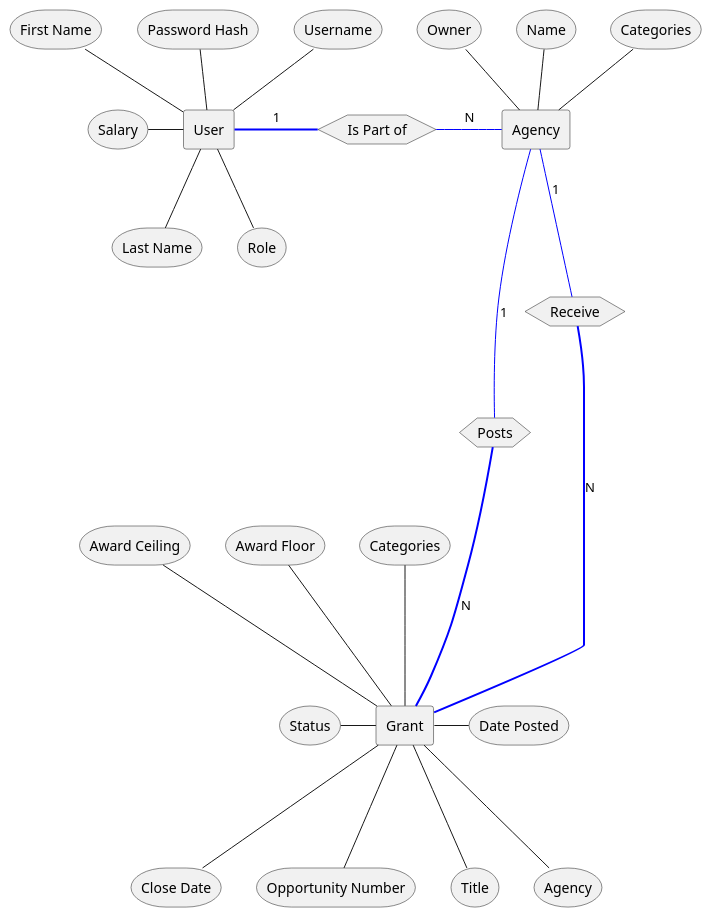
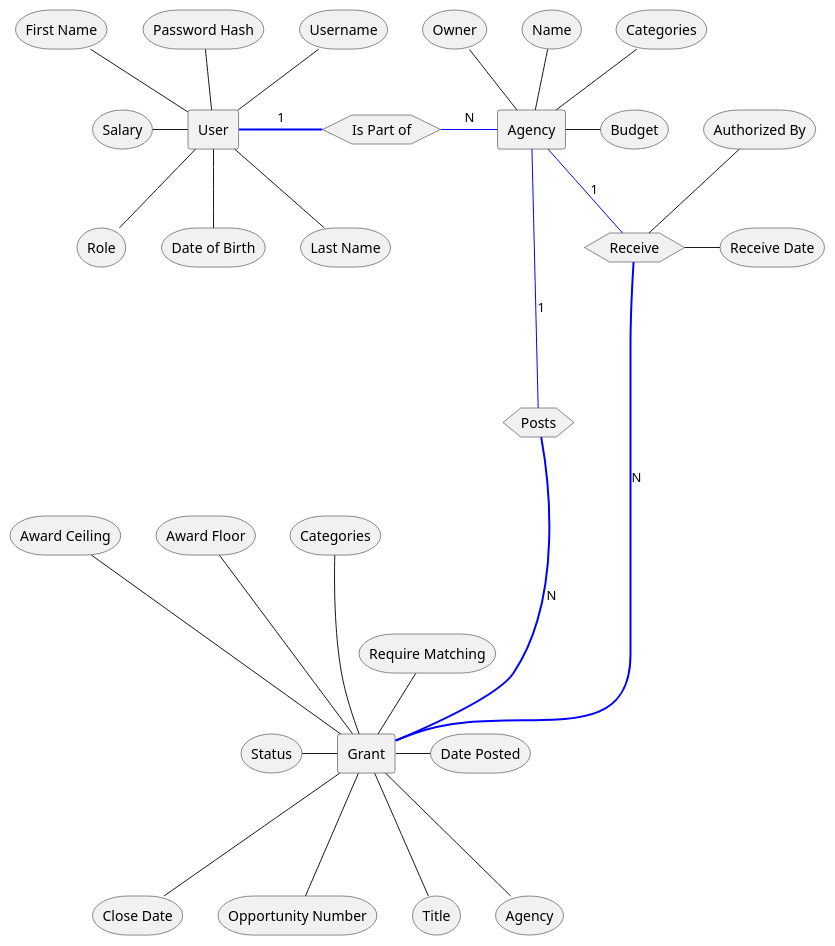
One commit to fabiomatos999/ICOM5016_Stuff changed the diagram in Homework_1_ER_Diagram.pu. Above: the diagram before and after it, drawn with PlantUML.

Commit message:
Add missing relation attributes and entity attributes.

```diff
--- a/Homework_1_ER_Diagram.pu
+++ b/Homework_1_ER_Diagram.pu
@@ -1,50 +1,60 @@
 @startuml
 rectangle Agency
 storage Owner as AOwner
 storage Name as AName
 storage Categories as ACategories
+storage "Budget" as ABudget
 AOwner -- Agency
 AName -- Agency
 ACategories -- Agency
+ABudget -left- Agency
 rectangle Grant
 storage "Date Posted" as PDate
 storage "Close Date" as CDate
 storage "Award Ceiling" as AwardCeiling
 storage "Award Floor" as AwardFloor
 storage "Opportunity Number" as ONumber
 storage Title as GTitle
 storage Categories as GCategories
 storage Agency as GAgency
 storage Status as GStatus
+Storage "Require Matching" as GRequireMatching
 PDate -left-- Grant
 CDate --up- Grant
 AwardCeiling --down- Grant
 AwardFloor --down- Grant
 ONumber --up- Grant
 GTitle --up- Grant
 GCategories --- Grant
 GAgency --up- Grant
 GStatus -right-- Grant
+GRequireMatching -- Grant
 rectangle User
 storage "First Name" as UFirstName 
 storage "Last Name" as ULastName 
 storage "Password Hash" as UPassword 
 storage "Username" as UUsername 
 storage "Role" as URole 
 storage "Salary" as USalary
+storage "Date of Birth" as UDateOfBirth
 UFirstName -- User
 ULastName -up- User
 UPassword -- User
 UUsername -- User
 URole -up- User
+UDateOfBirth -up- User
 USalary -right- User
 Hexagon Posts
 Agency --[#Blue]-- Posts : 1
 Posts ==[#Blue]== Grant : N
 Hexagon Receive
+storage "Receive Date" as RReceiveDate
+storage "Authorized By" as RAuthorizedBy
+RReceiveDate -left- Receive
+RAuthorizedBy -- Receive
 Agency -[#Blue]- Receive : 1
 Receive =[#Blue]= Grant : N
 Hexagon "Is Part of" as IsPartOf
 User =right[#Blue]= IsPartOf : 1
 IsPartOf -right[#Blue]- Agency : N
 @enduml
```
